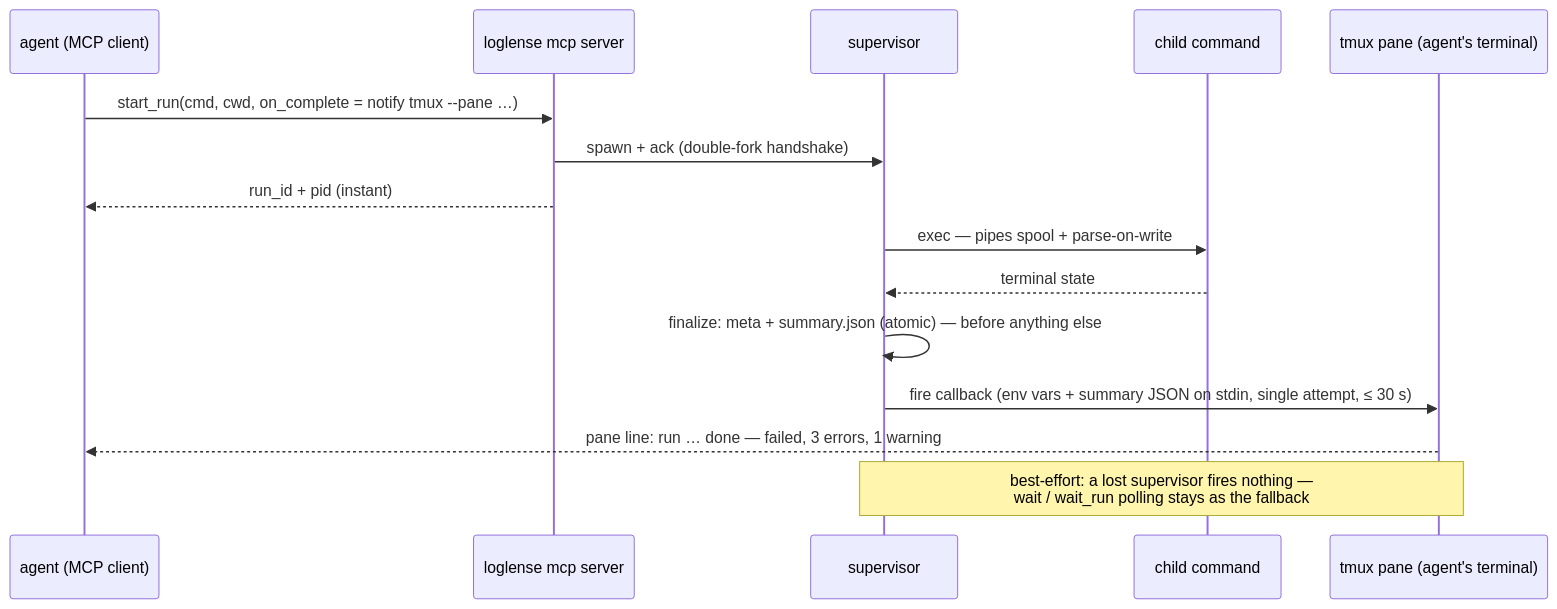
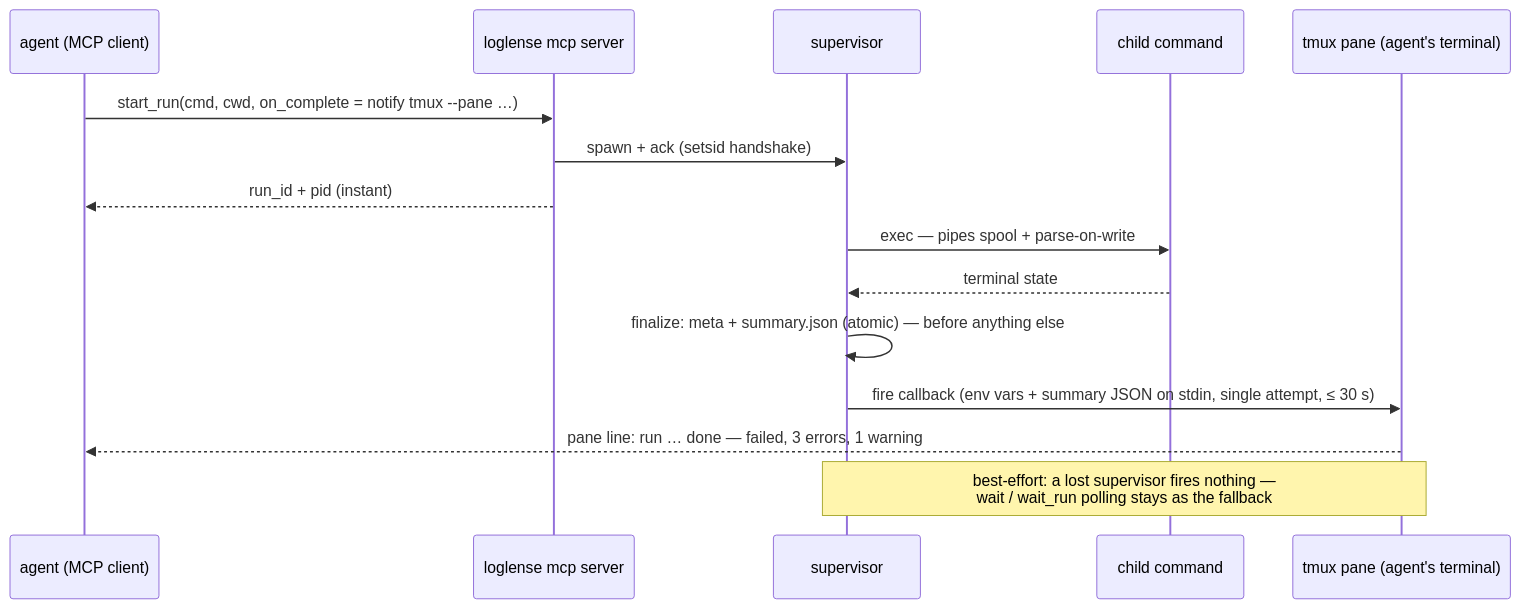
One commit to LichHunter/loglense changed the diagram in docs/surfaces.md. Above: the diagram before and after it, drawn with Mermaid. The commit also changed 22 other files, not shown here.

````diff
--- a/docs/surfaces.md
+++ b/docs/surfaces.md
@@ -250,18 +250,18 @@
 ```mermaid
 sequenceDiagram
     participant A as agent (MCP client)
     participant M as loglense mcp server
     participant R as supervisor
     participant K as child command
     participant T as tmux pane (agent's terminal)
 
     A->>M: start_run(cmd, cwd, on_complete = notify tmux --pane …)
-    M->>R: spawn + ack (double-fork handshake)
+    M->>R: spawn + ack (setsid handshake)
     M-->>A: run_id + pid (instant)
     R->>K: exec — pipes spool + parse-on-write
     K-->>R: terminal state
     R->>R: finalize: meta + summary.json (atomic) — before anything else
     R->>T: fire callback (env vars + summary JSON on stdin, single attempt, ≤ 30 s)
     T-->>A: pane line: run … done — failed, 3 errors, 1 warning
     Note over R,T: best-effort: a lost supervisor fires nothing —<br/>wait / wait_run polling stays as the fallback
 ```
````
